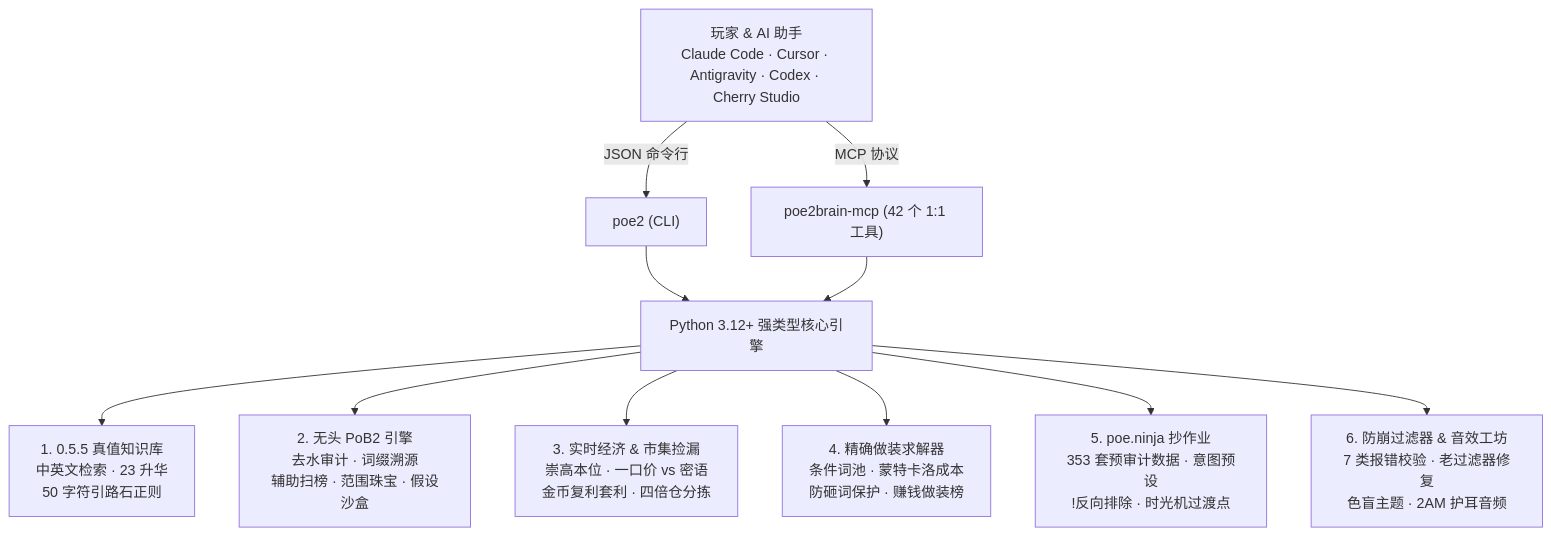
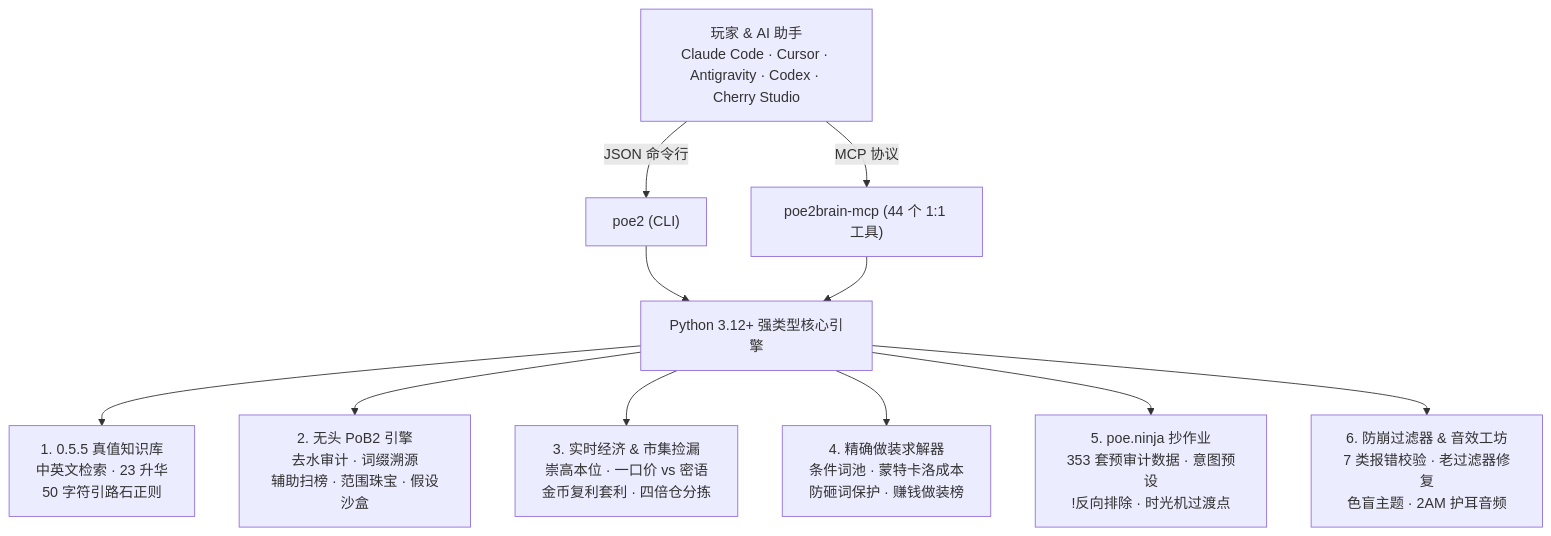
The diagram in README_ZH.md (lifan-builds/poe2brain), drawn with Mermaid before and after one commit. The commit also changed other lines of this file and 4 other files, not shown here.

Commit message:
docs: unify dark-fantasy brand banner, live web showcase (poe2brain.clifan.com), and 44 MCP tool counts

````diff
--- a/README_ZH.md
+++ b/README_ZH.md
@@ -85,15 +97,15 @@
 ```mermaid
 flowchart TB
     A["玩家 & AI 助手<br/>Claude Code · Cursor · Antigravity · Codex · Cherry Studio"]
     A -->|JSON 命令行| CLI["poe2 (CLI)"]
-    A -->|MCP 协议| MCP["poe2brain-mcp (42 个 1:1 工具)"]
+    A -->|MCP 协议| MCP["poe2brain-mcp (44 个 1:1 工具)"]
     CLI --> CORE["Python 3.12+ 强类型核心引擎"]
     MCP --> CORE
 
     CORE --> P1["1. 0.5.5 真值知识库<br/>中英文检索 · 23 升华<br/>50 字符引路石正则"]
     CORE --> P2["2. 无头 PoB2 引擎<br/>去水审计 · 词缀溯源<br/>辅助扫榜 · 范围珠宝 · 假设沙盒"]
     CORE --> P3["3. 实时经济 & 市集捡漏<br/>崇高本位 · 一口价 vs 密语<br/>金币复利套利 · 四倍仓分拣"]
     CORE --> P4["4. 精确做装求解器<br/>条件词池 · 蒙特卡洛成本<br/>防砸词保护 · 赚钱做装榜"]
     CORE --> P5["5. poe.ninja 抄作业<br/>353 套预审计数据 · 意图预设<br/>!反向排除 · 时光机过渡点"]
     CORE --> P6["6. 防崩过滤器 & 音效工坊<br/>7 类报错校验 · 老过滤器修复<br/>色盲主题 · 2AM 护耳音频"]
 ```
````
